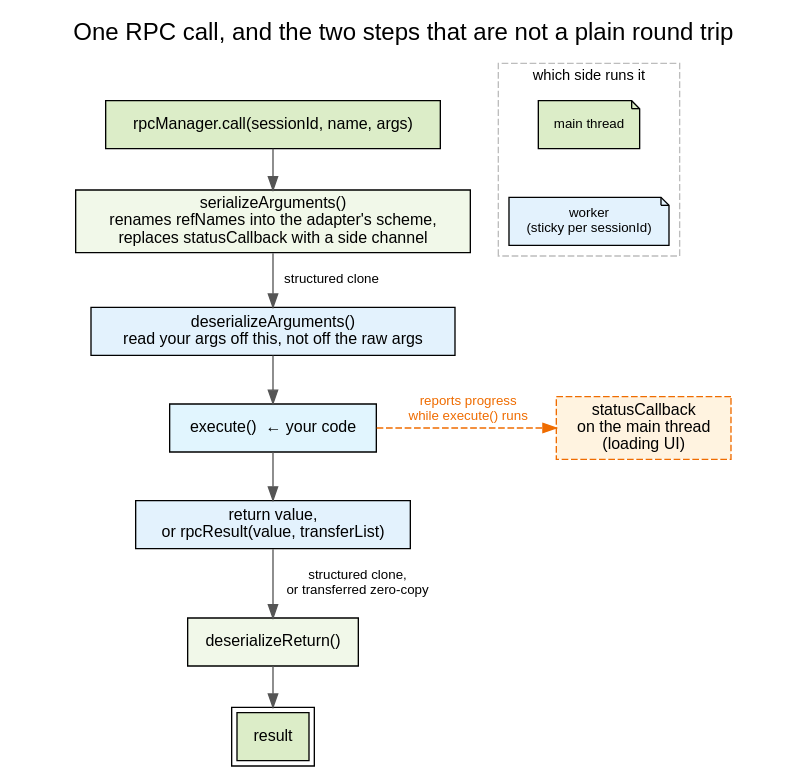
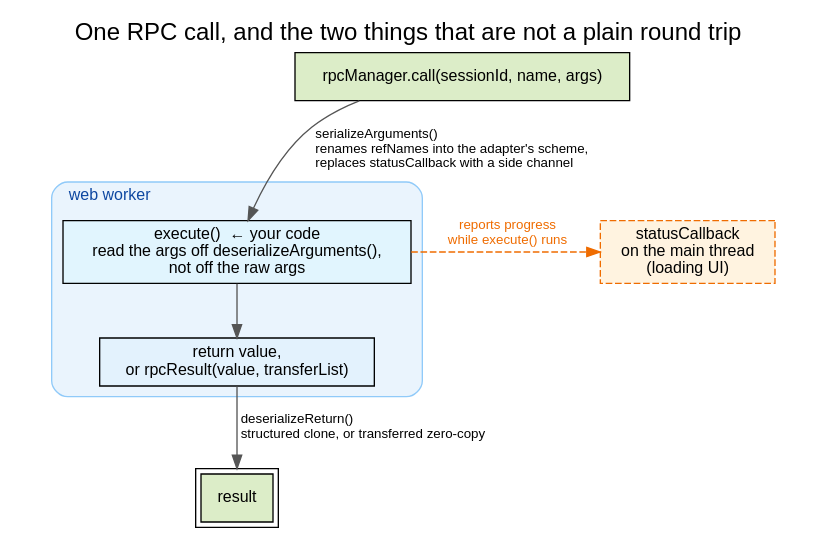
The diagram in website/diagrams/rpc_lifecycle.dot (GMOD/jbrowse-components), drawn with Graphviz before and after one commit. The commit also changed 5 other files, not shown here.

```diff
--- a/website/diagrams/rpc_lifecycle.dot
+++ b/website/diagrams/rpc_lifecycle.dot
@@ -1,68 +1,82 @@
-// A there-and-back trip does not lay out as two clusters: main-thread nodes sit
-// at BOTH ends of the flow, so graphviz packs the worker cluster to one side and
-// the arrows read backwards. Side is carried by fill colour instead, with the
-// flow running straight down.
+// The boundary is a cluster box, and the serialize/deserialize hooks are edge
+// labels rather than nodes. As nodes there were four of them around one
+// execute(), so the picture read as a six-step pipeline whose middle step
+// happened to be the reader's code. Each hook belongs to a crossing, and a
+// crossing is an edge, so labelling the edges puts the hooks where they act and
+// leaves the boundary as the only thing drawn.
+//
+// Colour still separates the two sides, but no legend is needed now: the box
+// says which nodes are the worker's, and the two nodes outside it are the main
+// thread's.
+//
+// Two layout constraints, both of which cost a re-render to find:
+//
+// No `{ rank=same; exec; status }`. Ranking an outside node against one inside a
+// cluster EVICTS it ("exec was already in a rankset, deleted from cluster"), so
+// the boundary box loses the node it exists to enclose. The invisible
+// `call -> status` ranks it instead, and `constraint=false` on the dashed edge
+// keeps it from lengthening the chain.
+//
+// The cluster's label is short and left-justified because the incoming arrow
+// enters the box at the top of execute(), which is its horizontal centre — a
+// centred label gets struck through by that arrow. Sticky-per-sessionId is the
+// paragraph under the figure rather than a second line here.
 digraph rpc_lifecycle {
   rankdir=TB
   labelloc=t
   fontname="Helvetica"
   fontsize=18
-  label="One RPC call, and the two steps that are not a plain round trip"
-  nodesep=0.4
-  ranksep=0.4
+  label="One RPC call, and the two things that are not a plain round trip"
+  nodesep=0.5
+  ranksep=0.55
 
   node [shape=box, fontname="Helvetica", fontsize=12, style=filled]
   edge [fontname="Helvetica", fontsize=10, color="#555555"]
 
-  // green = main thread, blue = worker
   call [label="rpcManager.call(sessionId, name, args)", fillcolor="#dcedc8"]
-  ser [label="serializeArguments()\nrenames refNames into the adapter's scheme,\nreplaces statusCallback with a side channel", fillcolor="#f1f8e9"]
-  wdeser [label="deserializeArguments()\nread your args off this, not off the raw args", fillcolor="#e3f2fd"]
-  exec [label="execute()  ← your code", fillcolor="#e1f5fe"]
-  ret [label="return value,\nor rpcResult(value, transferList)", fillcolor="#e3f2fd"]
-  deser [label="deserializeReturn()", fillcolor="#f1f8e9"]
   result [label="result", peripheries=2, fillcolor="#dcedc8"]
+
+  subgraph cluster_worker {
+    label="web worker"
+    labelloc=t
+    labeljust=l
+    fontname="Helvetica"
+    fontsize=12
+    fontcolor="#0d47a1"
+    style="filled,rounded"
+    color="#90caf9"
+    fillcolor="#eaf4fd"
+
+    exec [
+      label="execute()  ← your code\nread the args off deserializeArguments(),\nnot off the raw args"
+      fillcolor="#e1f5fe"
+    ]
+    ret [
+      label="return value,\nor rpcResult(value, transferList)"
+      fillcolor="#e3f2fd"
+    ]
+    exec -> ret
+  }
 
   status [
     label="statusCallback\non the main thread\n(loading UI)"
     style="filled,dashed"
     fillcolor="#fff3e0"
     color="#ef6c00"
   ]
 
-  // A bordered key rather than two loose notes ranked beside the chain. Ranked,
-  // the BLUE worker note sat level with serializeArguments(), which is a GREEN
-  // main-thread node — so the key read as a label for that row and said the
-  // opposite of the colour it was there to explain. Nothing in the cluster is
-  // ranked against the chain, which is what keeps it a key.
-  subgraph cluster_legend {
-    label="which side runs it"
-    labelloc=t
-    fontname="Helvetica"
-    fontsize=11
-    style=dashed
-    color="#bdbdbd"
-
-    legend_main [label="main thread", fillcolor="#dcedc8", shape=note, fontsize=10]
-    legend_worker [label="worker\n(sticky per sessionId)", fillcolor="#e3f2fd", shape=note, fontsize=10]
-    legend_main -> legend_worker [style=invis]
-  }
-
-  call -> ser
-  ser -> wdeser [label="  structured clone"]
-  wdeser -> exec
-  exec -> ret
-  ret -> deser [label="  structured clone,\n  or transferred zero-copy"]
-  deser -> result
+  // The two hooks ride the crossings they belong to.
+  call -> exec [label="  serializeArguments()\l  renames refNames into the adapter's scheme,\l  replaces statusCallback with a side channel\l"]
+  ret -> result [label="  deserializeReturn()\l  structured clone, or transferred zero-copy\l"]
 
   // The one function-shaped thing that crosses, and it never actually crosses.
   exec -> status [
     label="  reports progress\n  while execute() runs"
     style=dashed
     constraint=false
     color="#ef6c00"
     fontcolor="#ef6c00"
   ]
 
-  { rank=same; exec; status }
+  call -> status [style=invis]
 }
```
